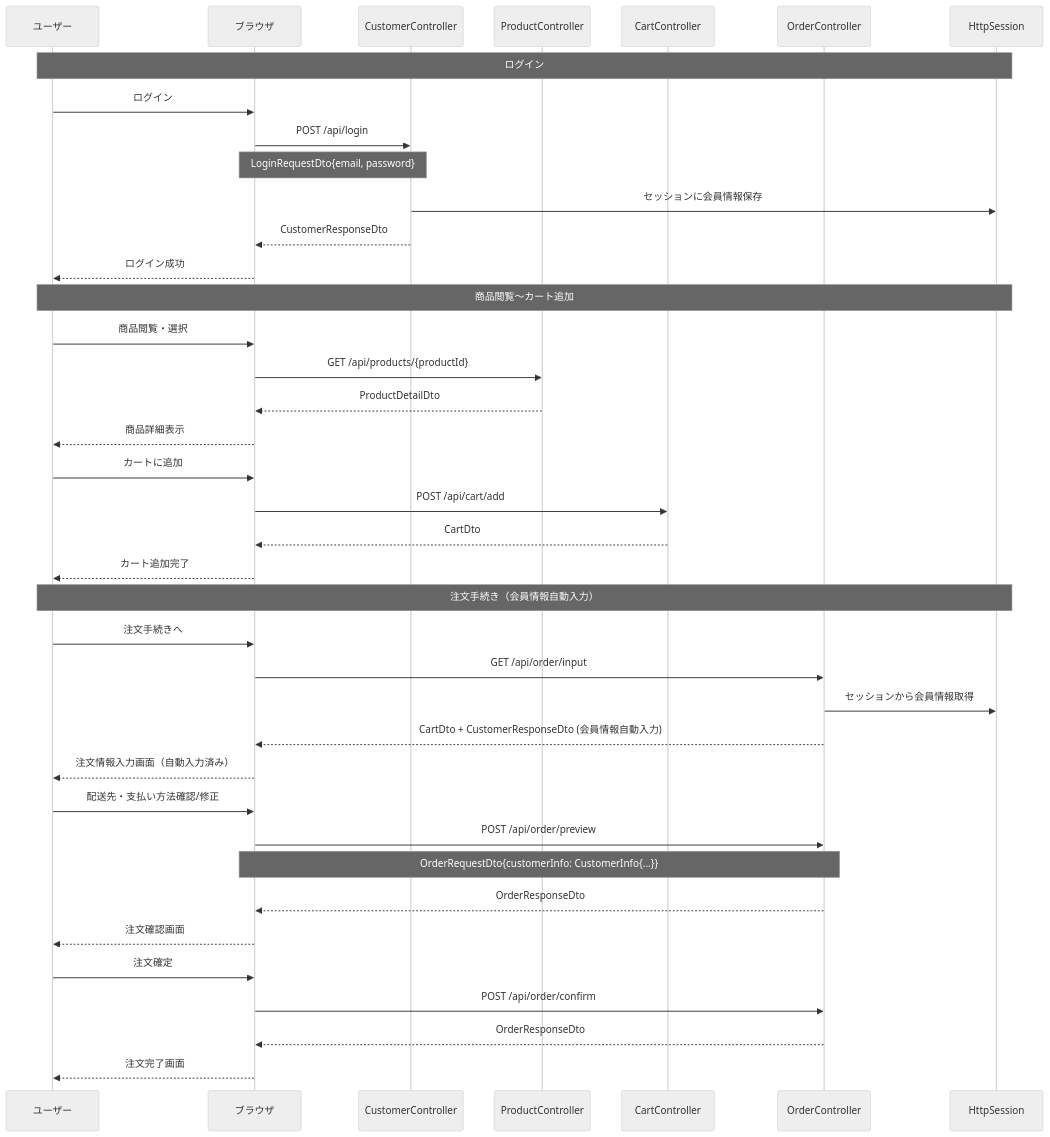
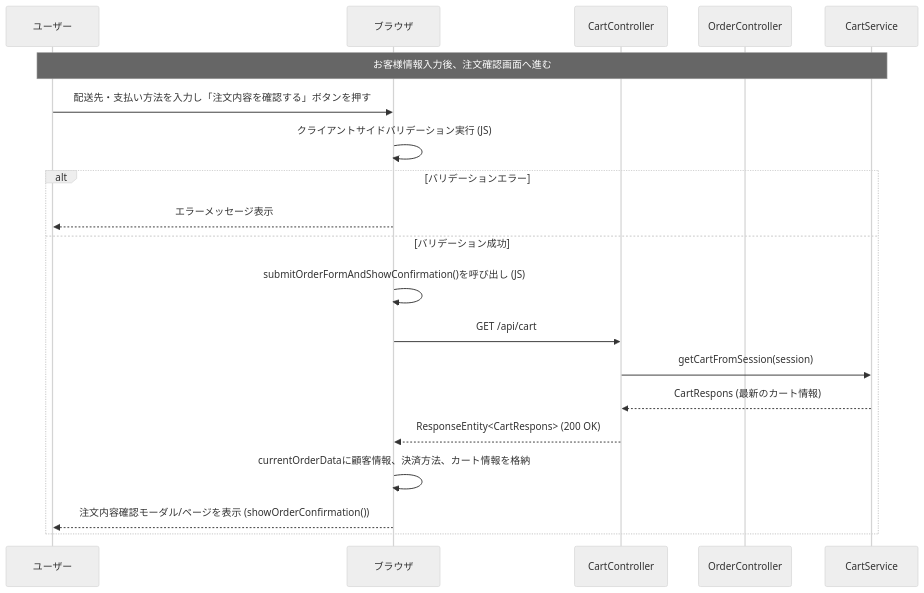
One commit to shogomaeda758/Bacon changed diagram 11 of 22 in 詳細設計/詳細設計書_v3.md. Above: the diagram before and after it, drawn with Mermaid (neutral theme). The commit also changed other lines of this file, not shown here.

Commit message:
シーケンス図変更＿詳細設計書

````diff
--- a/詳細設計/詳細設計書_v3.md
+++ b/詳細設計/詳細設計書_v3.md
@@ -522,47 +471,23 @@
 ```mermaid
 sequenceDiagram
     participant U as ユーザー
     participant B as ブラウザ
-    participant CuC as CustomerController
-    participant PC as ProductController
     participant CC as CartController
     participant OC as OrderController
-    participant S as HttpSession
+    participant CS as CartService
 
-    Note over U,S: ログイン
-    U->>B: ログイン
-    B->>CuC: POST /api/login
-    Note over B,CuC: LoginRequestDto{email, password}
-    CuC->>S: セッションに会員情報保存
-    CuC-->>B: CustomerResponseDto
-    B-->>U: ログイン成功
-    
-    Note over U,S: 商品閲覧〜カート追加
-    U->>B: 商品閲覧・選択
-    B->>PC: GET /api/products/{productId}
-    PC-->>B: ProductDetailDto
-    B-->>U: 商品詳細表示
-    
-    U->>B: カートに追加
-    B->>CC: POST /api/cart/add
-    CC-->>B: CartDto
-    B-->>U: カート追加完了
-    
-    Note over U,S: 注文手続き（会員情報自動入力）
-    U->>B: 注文手続きへ
-    B->>OC: GET /api/order/input
-    OC->>S: セッションから会員情報取得
-    OC-->>B: CartDto + CustomerResponseDto (会員情報自動入力)
-    B-->>U: 注文情報入力画面（自動入力済み）
-    
-    U->>B: 配送先・支払い方法確認/修正
-    B->>OC: POST /api/order/preview
-    Note over B,OC: OrderRequestDto{customerInfo: CustomerInfo{...}}
-    OC-->>B: OrderResponseDto
-    B-->>U: 注文確認画面
-    
-    U->>B: 注文確定
-    B->>OC: POST /api/order/confirm
-    OC-->>B: OrderResponseDto
-    B-->>U: 注文完了画面
+    Note over U,CS: お客様情報入力後、注文確認画面へ進む
+    U->>B: 配送先・支払い方法を入力し「注文内容を確認する」ボタンを押す
+    B->>B: クライアントサイドバリデーション実行 (JS)
+    alt バリデーションエラー
+        B-->>U: エラーメッセージ表示
+    else バリデーション成功
+        B->>B: submitOrderFormAndShowConfirmation()を呼び出し (JS)
+        B->>CC: GET /api/cart
+        CC->>CS: getCartFromSession(session)
+        CS-->>CC: CartRespons (最新のカート情報)
+        CC-->>B: ResponseEntity<CartRespons> (200 OK)
+        B->>B: currentOrderDataに顧客情報、決済方法、カート情報を格納
+        B-->>U: 注文内容確認モーダル/ページを表示 (showOrderConfirmation())
+    end
 ```
````
